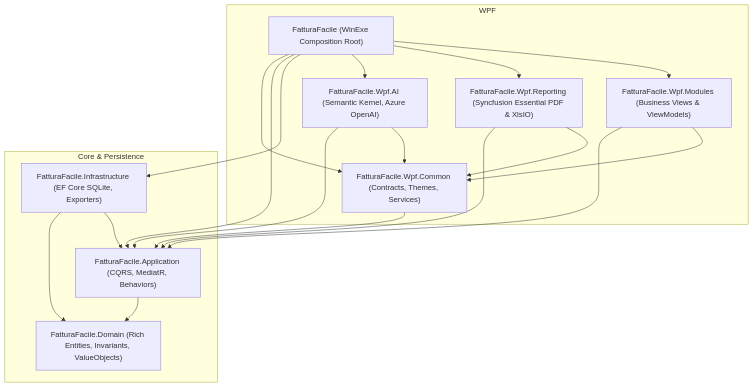
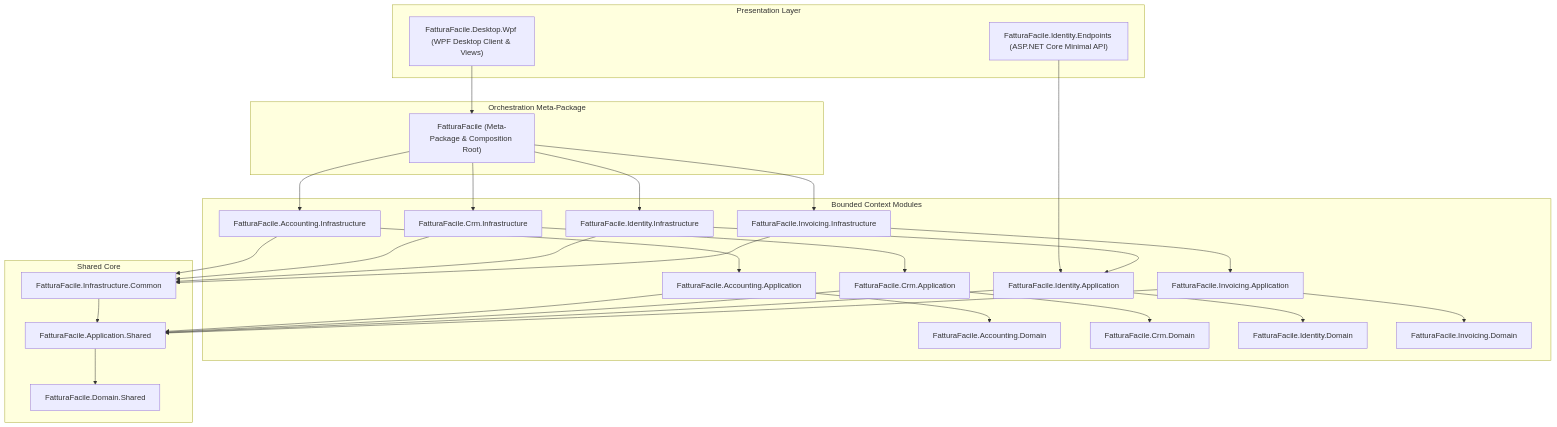
One commit to FatturaFacile/desktop changed the diagram in README.md. Above: the diagram before and after it, drawn with Mermaid. The commit also changed other lines of this file and 941 other files, not shown here.

````diff
--- a/README.md
+++ b/README.md
@@ -17,35 +20,66 @@
 ```mermaid
 graph TD
-    subgraph Presentation Layer [WPF]
-        SHELL["FatturaFacile (WinExe Composition Root)"]
-        COMMON["FatturaFacile.Wpf.Common (Contracts, Themes, Services)"]
-        MOD["FatturaFacile.Wpf.Modules (Business Views & ViewModels)"]
-        REP["FatturaFacile.Wpf.Reporting (Syncfusion Essential PDF & XlsIO)"]
-        AI["FatturaFacile.Wpf.AI (Semantic Kernel, Azure OpenAI)"]
+    subgraph Presentation Layer
+        WPF["FatturaFacile.Desktop.Wpf (WPF Desktop Client & Views)"]
+        API["FatturaFacile.Identity.Endpoints (ASP.NET Core Minimal API)"]
     end
 
-    subgraph Core & Persistence
-        INFRA["FatturaFacile.Infrastructure (EF Core SQLite, Exporters)"]
-        APP["FatturaFacile.Application (CQRS, MediatR, Behaviors)"]
-        DOM["FatturaFacile.Domain (Rich Entities, Invariants, ValueObjects)"]
+    subgraph Orchestration Meta-Package
+        FF["FatturaFacile (Meta-Package & Composition Root)"]
     end
 
-    SHELL --> MOD
-    SHELL --> REP
-    SHELL --> AI
-    SHELL --> INFRA
-    SHELL --> APP
-    SHELL --> COMMON
+    subgraph Bounded Context Modules
+        ACC_APP["FatturaFacile.Accounting.Application"]
+        ACC_DOM["FatturaFacile.Accounting.Domain"]
+        ACC_INF["FatturaFacile.Accounting.Infrastructure"]
 
-    MOD --> COMMON
-    MOD --> APP
-    REP --> COMMON
-    REP --> APP
-    AI --> COMMON
-    AI --> APP
-    COMMON --> APP
+        CRM_APP["FatturaFacile.Crm.Application"]
+        CRM_DOM["FatturaFacile.Crm.Domain"]
+        CRM_INF["FatturaFacile.Crm.Infrastructure"]
 
-    INFRA --> APP
-    INFRA --> DOM
-    APP --> DOM
+        ID_APP["FatturaFacile.Identity.Application"]
+        ID_DOM["FatturaFacile.Identity.Domain"]
+        ID_INF["FatturaFacile.Identity.Infrastructure"]
+
+        INV_APP["FatturaFacile.Invoicing.Application"]
+        INV_DOM["FatturaFacile.Invoicing.Domain"]
+        INV_INF["FatturaFacile.Invoicing.Infrastructure"]
+    end
+
+    subgraph Shared Core
+        APP_SH["FatturaFacile.Application.Shared"]
+        DOM_SH["FatturaFacile.Domain.Shared"]
+        INF_SH["FatturaFacile.Infrastructure.Common"]
+    end
+
+    WPF --> FF
+    API --> ID_APP
+
+    FF --> ACC_INF
+    FF --> CRM_INF
+    FF --> ID_INF
+    FF --> INV_INF
+
+    ACC_APP --> ACC_DOM
+    ACC_APP --> APP_SH
+    ACC_INF --> ACC_APP
+    ACC_INF --> INF_SH
+
+    CRM_APP --> CRM_DOM
+    CRM_APP --> APP_SH
+    CRM_INF --> CRM_APP
+    CRM_INF --> INF_SH
+
+    ID_APP --> ID_DOM
+    ID_APP --> APP_SH
+    ID_INF --> ID_APP
+    ID_INF --> INF_SH
+
+    INV_APP --> INV_DOM
+    INV_APP --> APP_SH
+    INV_INF --> INV_APP
+    INV_INF --> INF_SH
+
+    APP_SH --> DOM_SH
+    INF_SH --> APP_SH
 ```
````
